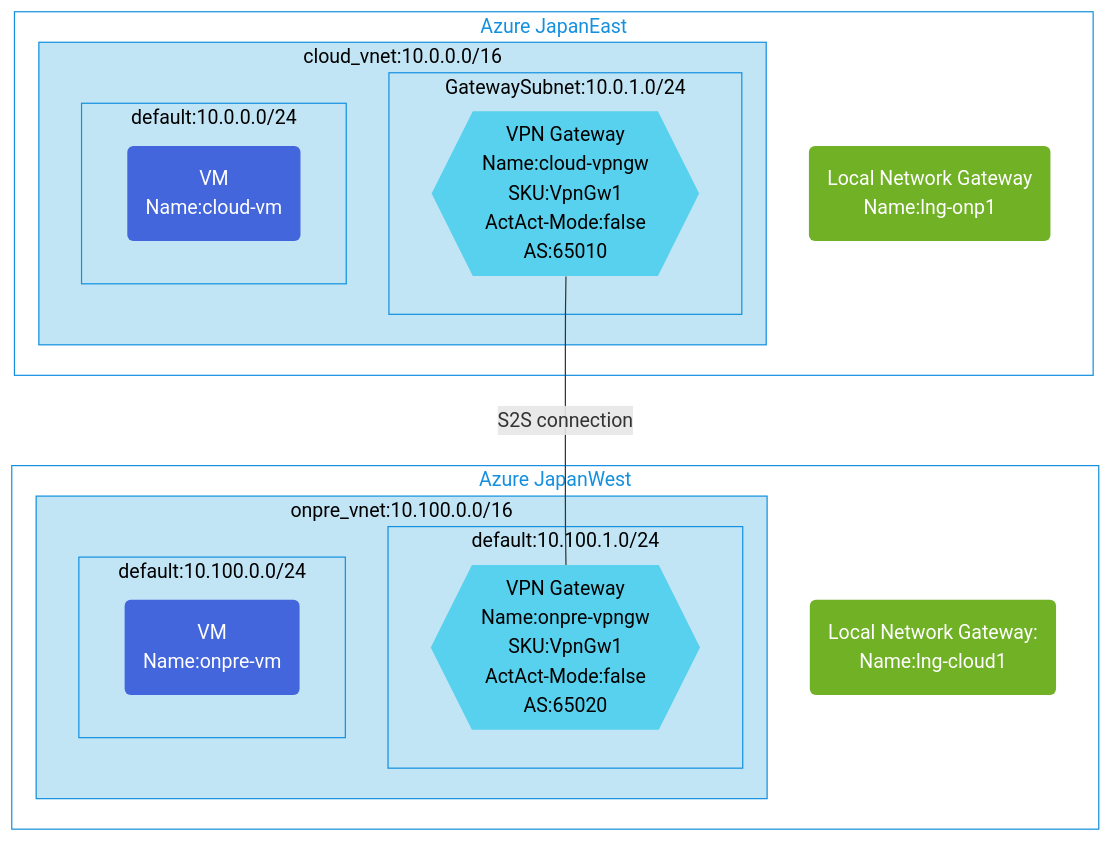
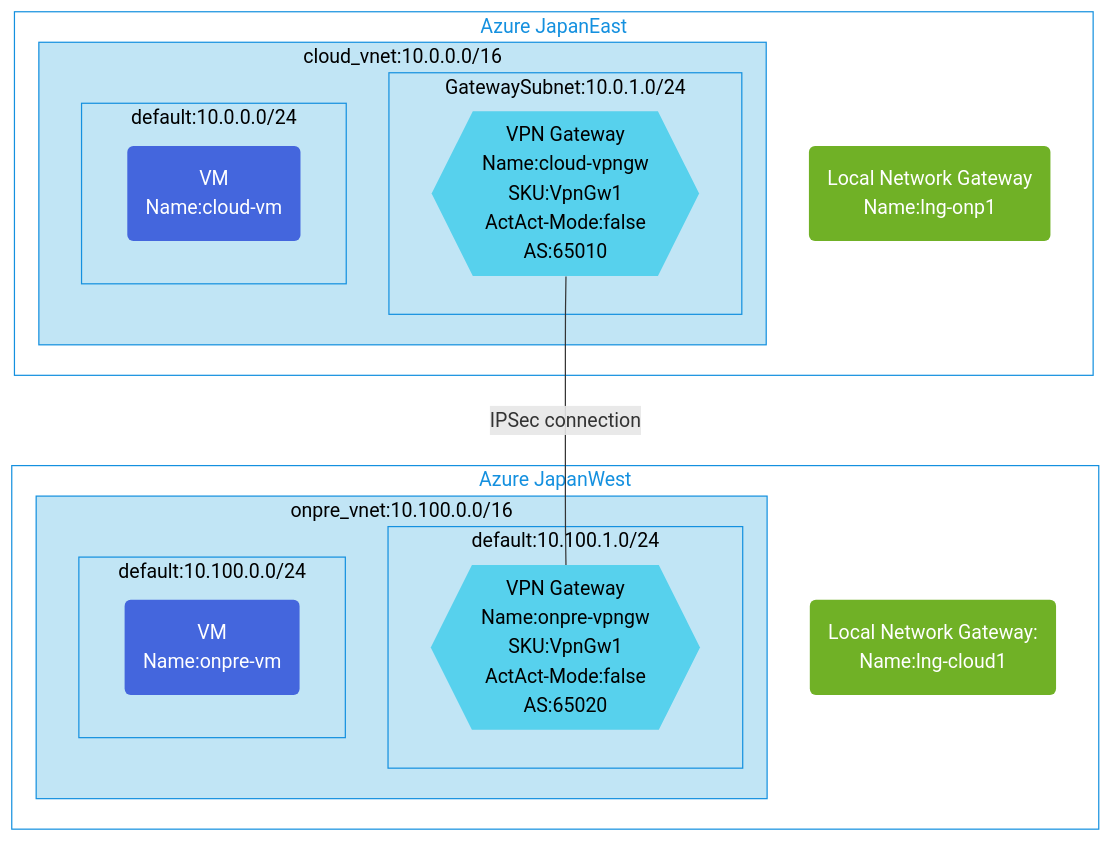
One commit to toizumi03/bicep-templates changed the diagram in s2s-single-vpn-bgp-using-lngw-connction/README.md. Above: the diagram before and after it, drawn with Mermaid.

````diff
--- a/s2s-single-vpn-bgp-using-lngw-connction/README.md
+++ b/s2s-single-vpn-bgp-using-lngw-connction/README.md
@@ -3,50 +3,50 @@
 ```mermaid
 graph TB;
 %% Groups and Services
 subgraph GR2[Azure JapanWest]
   subgraph GV2[onpre_vnet:10.100.0.0/16]
      subgraph GVS4[default:10.100.1.0/24]
       VPNGW2{{"VPN Gateway<br/>Name:onpre-vpngw<br/>SKU:VpnGw1<br/>ActAct-Mode:false<br/>AS:65020"}}
     end
       subgraph GVS3[default:10.100.0.0/24]
         CP2("VM<br/>Name:onpre-vm")
     end
 end
     LNGW2("Local Network Gateway: <br/>Name:lng-cloud1")
 end
 subgraph GR1[Azure JapanEast]
   subgraph GV1[cloud_vnet:10.0.0.0/16]
       subgraph GVS2[GatewaySubnet:10.0.1.0/24]
         VPNGW1{{"VPN Gateway<br/>Name:cloud-vpngw<br/>SKU:VpnGw1<br/>ActAct-Mode:false<br/>AS:65010"}}
       end
       subgraph GVS1[default:10.0.0.0/24]
         CP1("VM<br/>Name:cloud-vm")
       end
 end
     LNGW1("Local Network Gateway<br/>Name:lng-onp1")
 end
 
 %% Relation for resources
-VPNGW1 --S2S connection--- VPNGW2
+VPNGW1 --IPSec connection--- VPNGW2
 
 %% Groups style
 classDef GSR fill:#fff,color:#1490df,stroke:#1490df
 class GR1,GR2 GSR
 
 classDef SGV1 fill:#c1e5f5,color:#000,stroke:#1490df
 class GV1,GVS1,GVS2,GVS3,GVS4 SGV1
 
 classDef SGV2 fill:#c1e5f5,color:#000,stroke:#1490df
 class GV2 SGV2
  
 %% Service Style
 classDef SCP fill:#4466dd,color:#fff,stroke:none
 class CP1,CP2 SCP
 
 classDef SVPNGW fill:#57d1ed,color:#000,stroke:none
 class VPNGW1,VPNGW2 SVPNGW
 
 classDef SLNGW fill:#70b126,color:#fff,stroke:none
 class LNGW1,LNGW2 SLNGW
 
 ```
````
